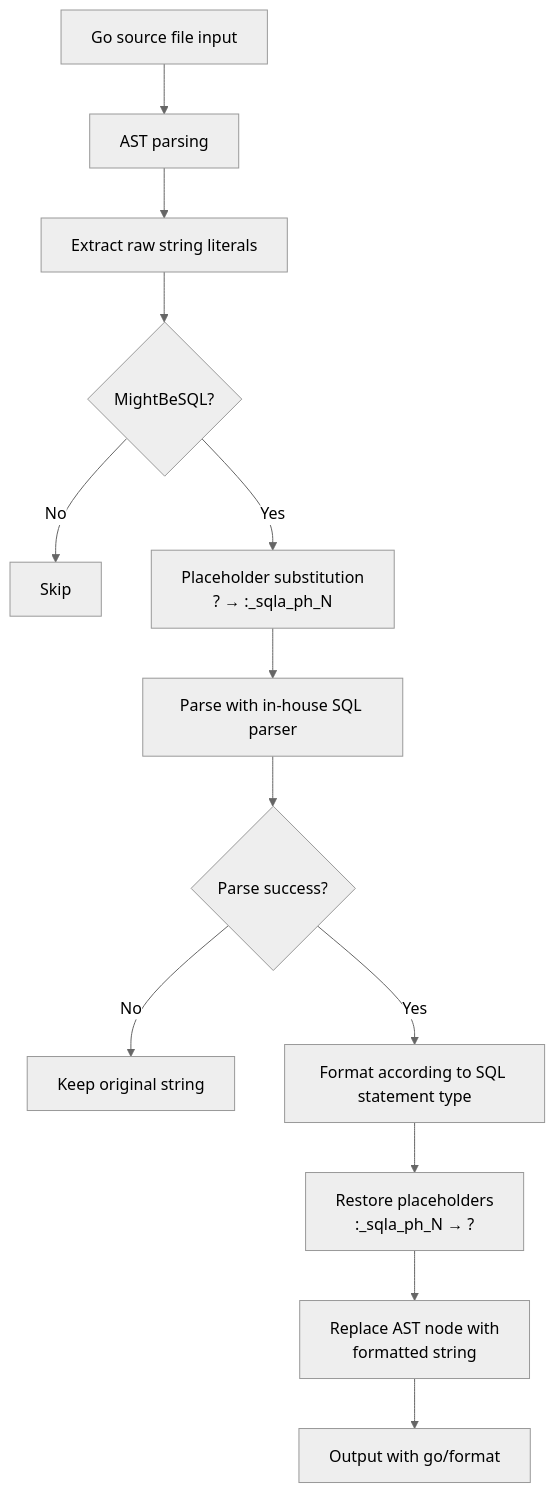
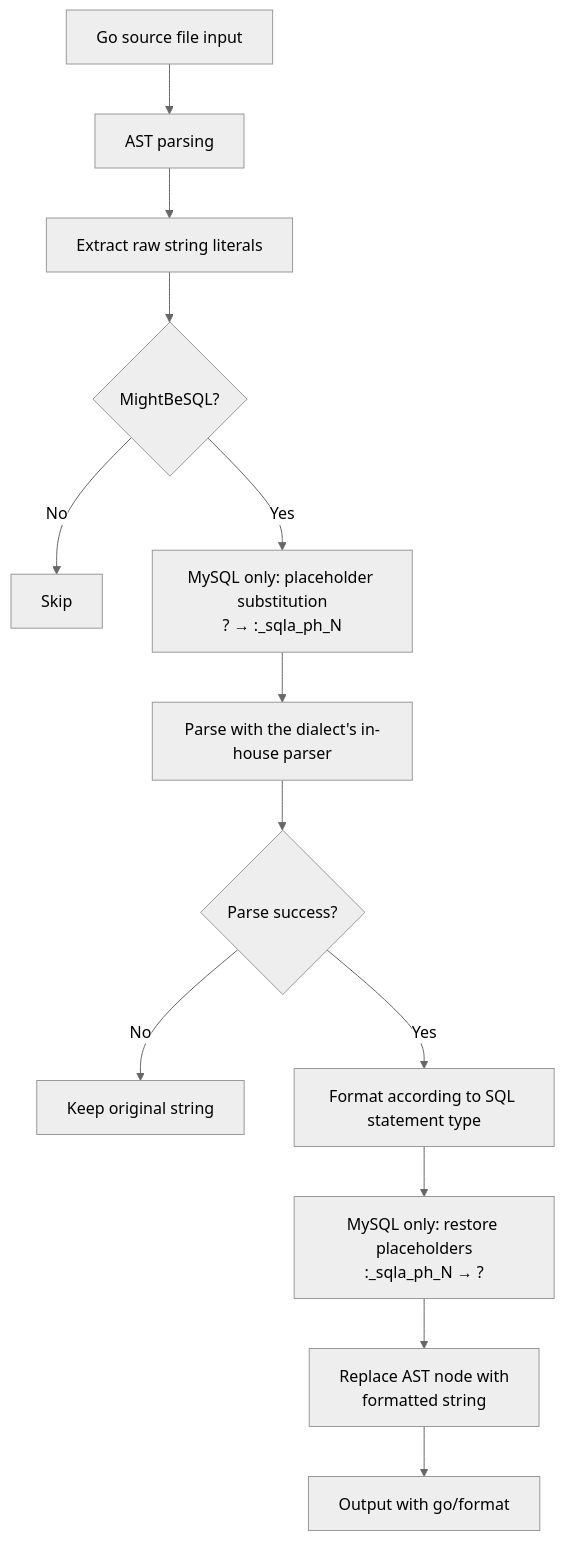
One commit to Eagle-Konbu/sanat changed the first of 2 diagrams in docs/formatter-spec.md. Above: the diagram before and after it, drawn with Mermaid (neutral theme). The commit also changed other lines of this file and 2 other files, not shown here.

First line of the commit message:
docs: document the PostgreSQL dialect

````diff
--- a/docs/formatter-spec.md
+++ b/docs/formatter-spec.md
@@ -11,15 +11,15 @@
 ```mermaid
 flowchart TD
     A[Go source file input] --> B[AST parsing]
     B --> C[Extract raw string literals]
     C --> D{MightBeSQL?}
     D -- No --> E[Skip]
-    D -- Yes --> F[Placeholder substitution<br/>? → :_sqla_ph_N]
-    F --> G[Parse with in-house SQL parser]
+    D -- Yes --> F[MySQL only: placeholder substitution<br/>? → :_sqla_ph_N]
+    F --> G[Parse with the dialect's in-house parser]
     G --> H{Parse success?}
     H -- No --> I[Keep original string]
     H -- Yes --> J[Format according to SQL statement type]
-    J --> K[Restore placeholders<br/>:_sqla_ph_N → ?]
+    J --> K[MySQL only: restore placeholders<br/>:_sqla_ph_N → ?]
     K --> M[Replace AST node with<br/>formatted string]
     M --> N[Output with go/format]
 ```
````
